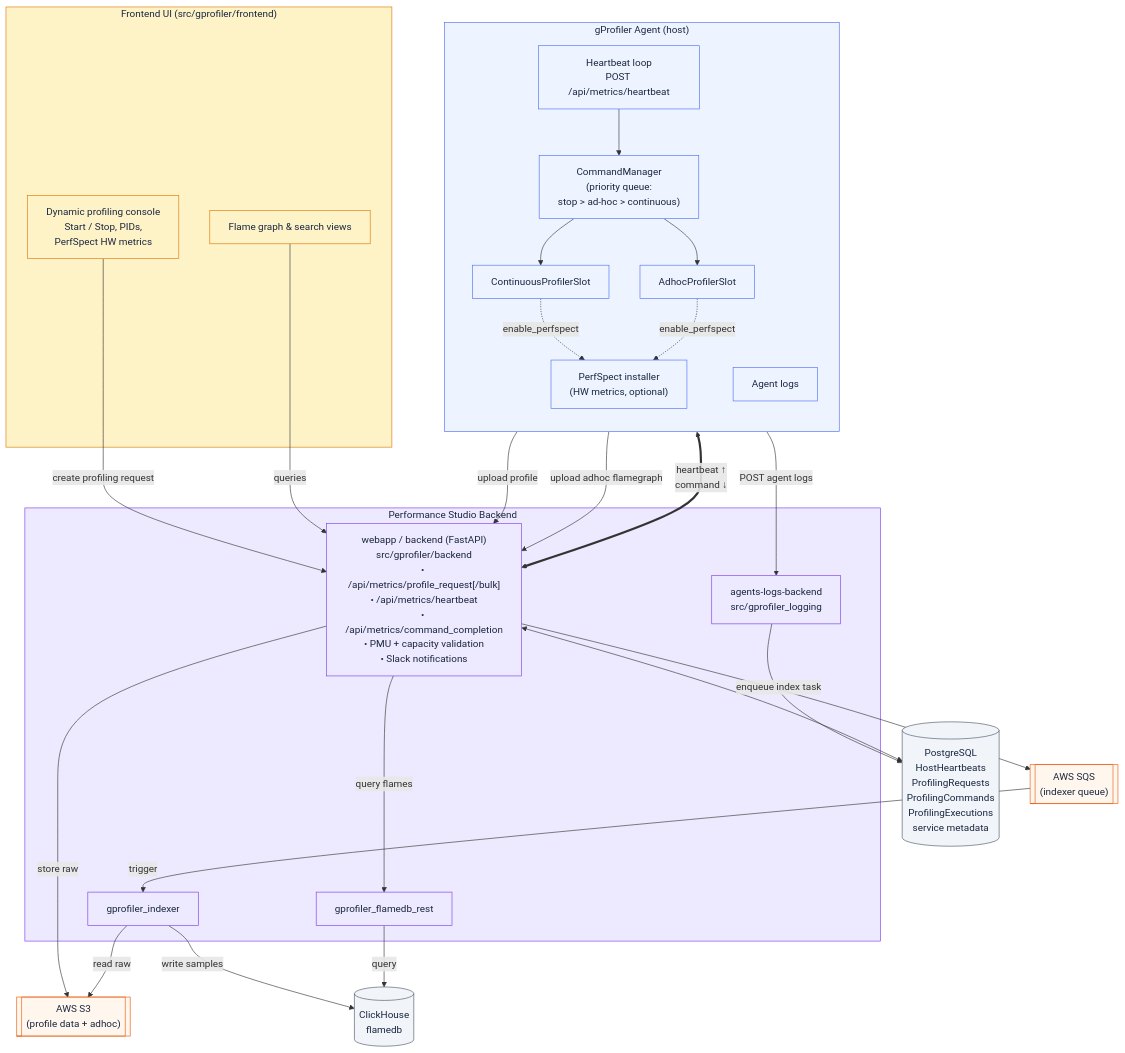
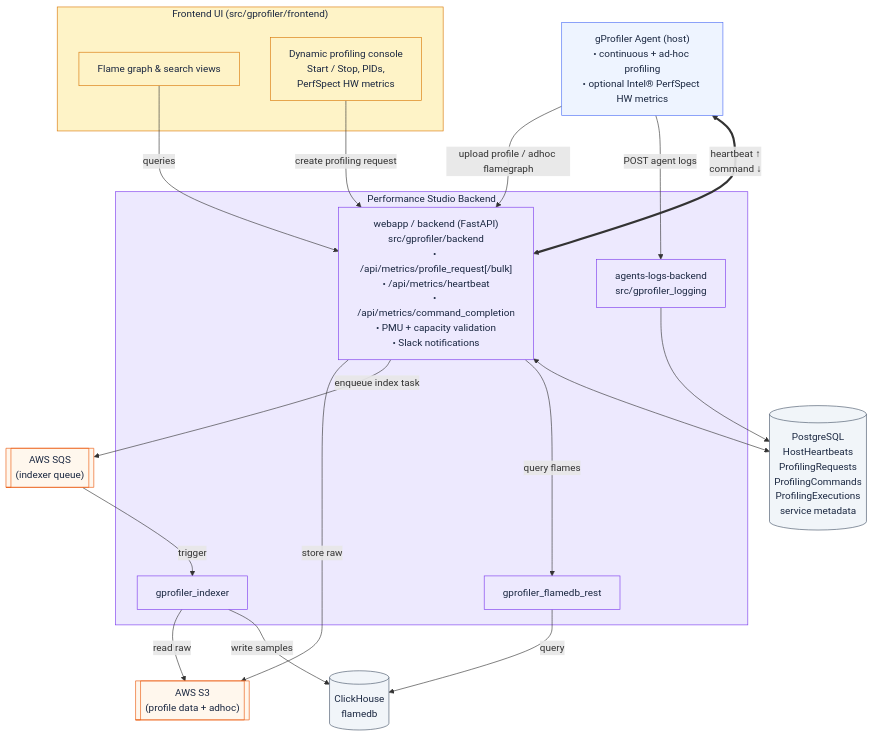
One commit to intel/gprofiler-performance-studio changed the diagram in README.md. Above: the diagram before and after it, drawn with Mermaid.

Commit message:
docs: simplify agent block in architecture diagram for blog use

````diff
--- a/README.md
+++ b/README.md
@@ -47,70 +47,56 @@
 ```mermaid
 flowchart TB
     classDef agent fill:#eef4ff,stroke:#4c6ef5,color:#1a2740
     classDef backend fill:#ede9fe,stroke:#7c3aed,color:#1a2740
     classDef ui fill:#fef3c7,stroke:#d97706,color:#1a2740
     classDef store fill:#f1f5f9,stroke:#475569,color:#1a2740
     classDef aws fill:#fff7ed,stroke:#ea580c,color:#1a2740
 
-    subgraph AGENT["gProfiler Agent (host)"]
-        direction TB
-        HB["Heartbeat loop<br/>POST /api/metrics/heartbeat"]
-        CMQ["CommandManager<br/>(priority queue:<br/>stop &gt; ad-hoc &gt; continuous)"]
-        CS["ContinuousProfilerSlot"]
-        AS["AdhocProfilerSlot"]
-        PSI["PerfSpect installer<br/>(HW metrics, optional)"]
-        LOG["Agent logs"]
-        HB --> CMQ
-        CMQ --> CS
-        CMQ --> AS
-        CS -. enable_perfspect .-> PSI
-        AS -. enable_perfspect .-> PSI
-    end
-    class AGENT,HB,CMQ,CS,AS,PSI,LOG agent
+    AGENT["gProfiler Agent (host)<br/>• continuous + ad-hoc profiling<br/>• optional Intel® PerfSpect HW metrics"]
+    class AGENT agent
 
     subgraph UI["Frontend UI (src/gprofiler/frontend)"]
         FG["Flame graph &amp; search views"]
         CTRL["Dynamic profiling console<br/>Start / Stop, PIDs,<br/>PerfSpect HW metrics"]
     end
     class UI,FG,CTRL ui
 
     subgraph BE["Performance Studio Backend"]
         WEBAPP["webapp / backend (FastAPI)<br/>src/gprofiler/backend<br/>• /api/metrics/profile_request[/bulk]<br/>• /api/metrics/heartbeat<br/>• /api/metrics/command_completion<br/>• PMU + capacity validation<br/>• Slack notifications"]
         LOGSVC["agents-logs-backend<br/>src/gprofiler_logging"]
         IDX["gprofiler_indexer"]
         REST["gprofiler_flamedb_rest"]
     end
     class BE,WEBAPP,LOGSVC,IDX,REST backend
 
     PG[("PostgreSQL<br/>HostHeartbeats<br/>ProfilingRequests<br/>ProfilingCommands<br/>ProfilingExecutions<br/>service metadata")]
     CH[("ClickHouse<br/>flamedb")]
     S3[["AWS S3<br/>(profile data + adhoc)"]]
     SQS[["AWS SQS<br/>(indexer queue)"]]
     class PG,CH store
     class S3,SQS aws
 
     %% --- Continuous data plane ---
-    CS -- "upload profile" --> WEBAPP
-    AS -- "upload adhoc flamegraph" --> WEBAPP
+    AGENT -- "upload profile / adhoc flamegraph" --> WEBAPP
     WEBAPP -- "store raw" --> S3
     WEBAPP -- "enqueue index task" --> SQS
     SQS -- "trigger" --> IDX
     IDX -- "read raw" --> S3
     IDX -- "write samples" --> CH
     REST -- "query" --> CH
     WEBAPP -- "query flames" --> REST
 
     %% --- Logs ---
-    LOG -- "POST agent logs" --> LOGSVC
+    AGENT -- "POST agent logs" --> LOGSVC
     LOGSVC --> PG
 
     %% --- Metadata ---
     WEBAPP <--> PG
 
     %% --- Dynamic profiling control plane ---
-    HB <==> |"heartbeat &uarr;<br/>command &darr;"| WEBAPP
+    AGENT <==> |"heartbeat &uarr;<br/>command &darr;"| WEBAPP
     CTRL -- "create profiling request" --> WEBAPP
 
     %% --- UI queries ---
     FG -- "queries" --> WEBAPP
 ```
````
